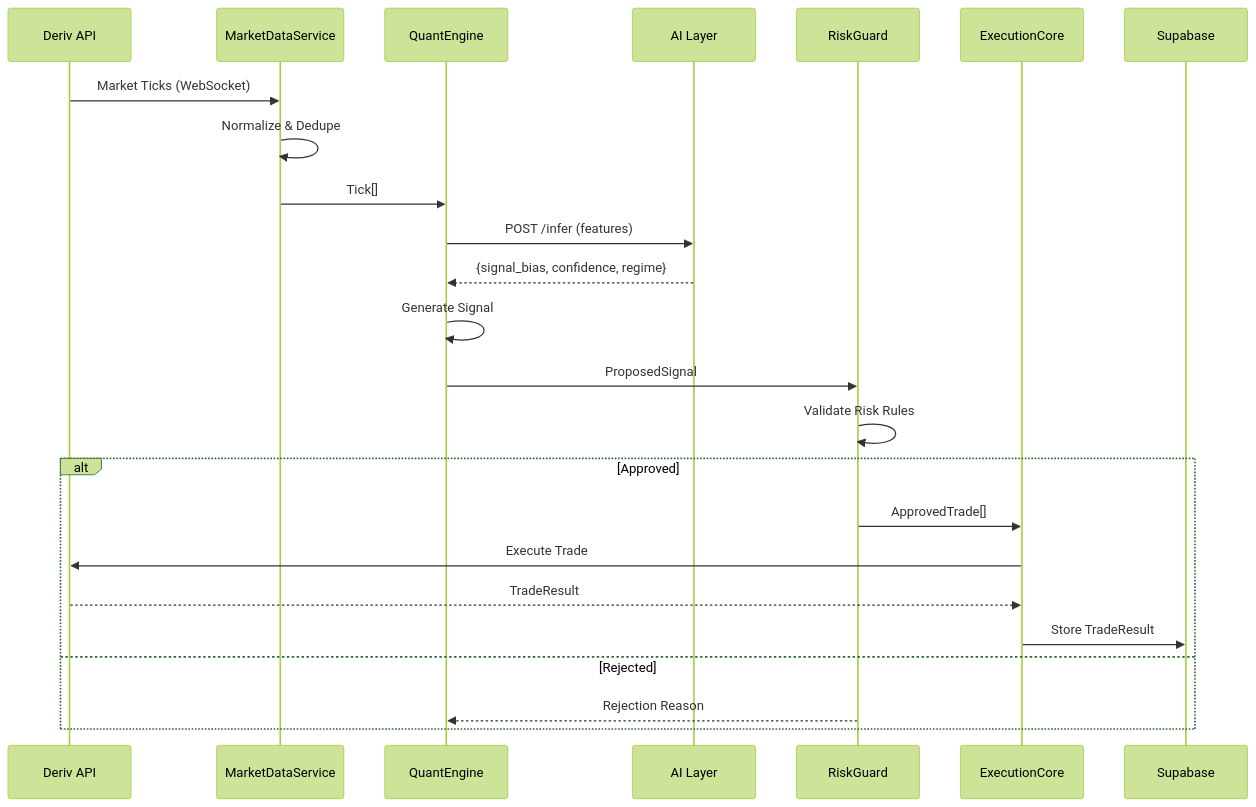
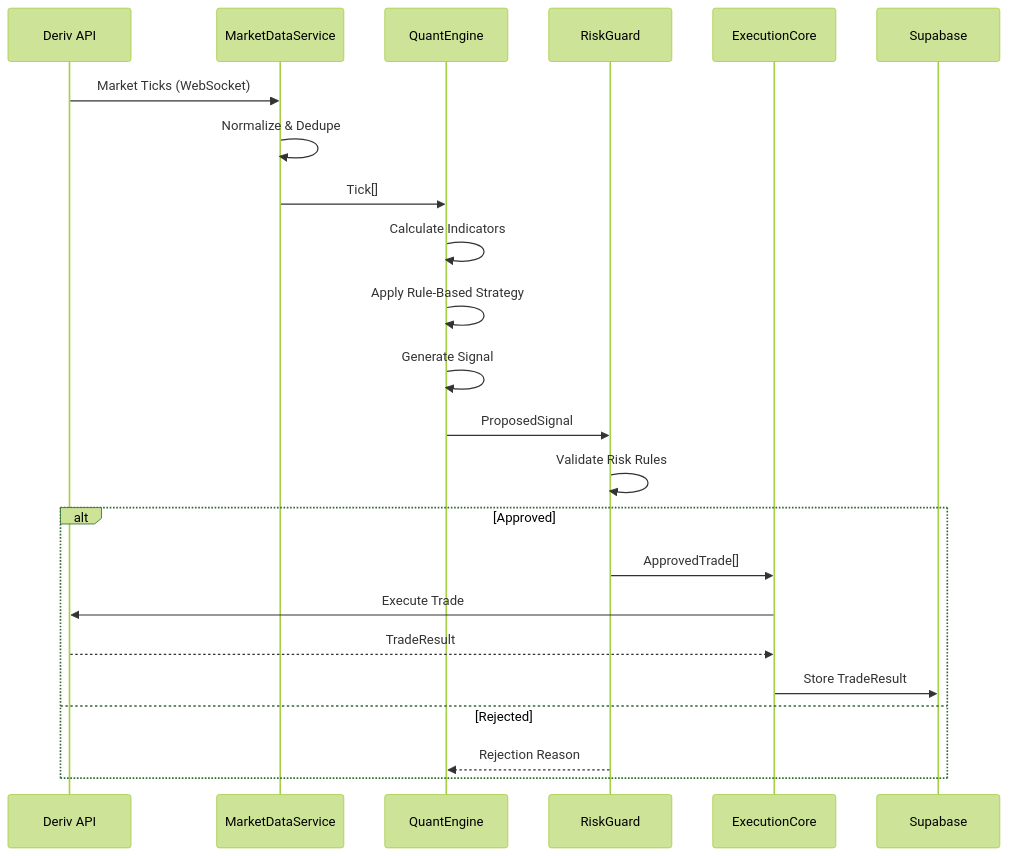
One commit to 44dummies/deriv-ws changed the second of 2 diagrams in docs/ARCHITECTURE.md. Above: the diagram before and after it, drawn with Mermaid (forest theme). The commit also changed other lines of this file and 45 other files, not shown here.

````diff
--- a/docs/ARCHITECTURE.md
+++ b/docs/ARCHITECTURE.md
@@ -63,30 +55,28 @@
 ```mermaid
 sequenceDiagram
     participant D as Deriv API
     participant MDS as MarketDataService
     participant QE as QuantEngine
-    participant AI as AI Layer
     participant RG as RiskGuard
     participant EC as ExecutionCore
     participant DB as Supabase
 
     D->>MDS: Market Ticks (WebSocket)
     MDS->>MDS: Normalize & Dedupe
     MDS->>QE: Tick[]
 
-    QE->>AI: POST /infer (features)
-    AI-->>QE: {signal_bias, confidence, regime}
-
+    QE->>QE: Calculate Indicators
+    QE->>QE: Apply Rule-Based Strategy
     QE->>QE: Generate Signal
     QE->>RG: ProposedSignal
 
     RG->>RG: Validate Risk Rules
     alt Approved
         RG->>EC: ApprovedTrade[]
         EC->>D: Execute Trade
         D-->>EC: TradeResult
         EC->>DB: Store TradeResult
     else Rejected
         RG-->>QE: Rejection Reason
     end
 ```
````
